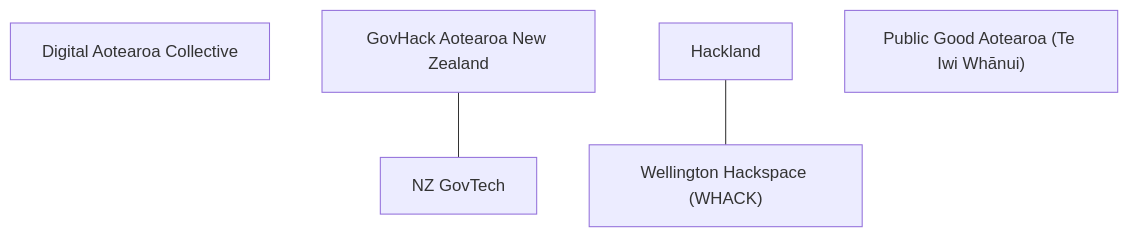
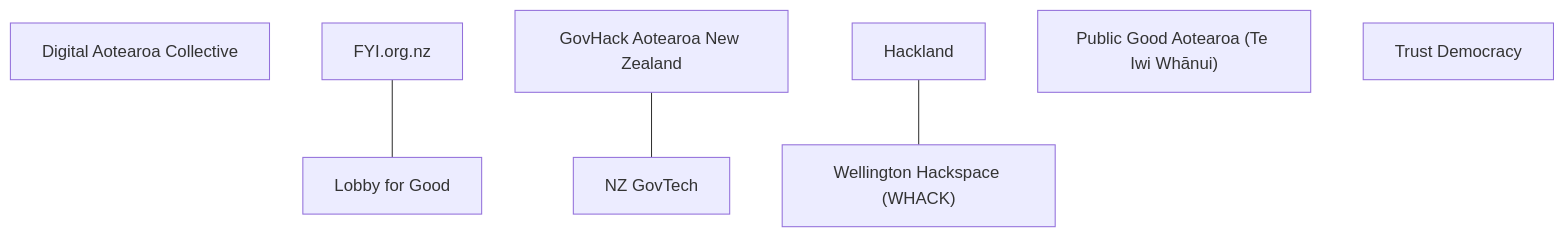
One commit to olitreadwell/nz-tech-for-good changed diagram 21 of 24 in GUIDE.md. Above: the diagram before and after it, drawn with Mermaid. The commit also changed other lines of this file and 8 other files, not shown here.

````diff
--- a/GUIDE.md
+++ b/GUIDE.md
@@ -411,11 +416,15 @@
 ```mermaid
 flowchart TD
     n_DigitalAotearoaCollectiv["Digital Aotearoa Collective"]
+    n_FYIorgnz["FYI.org.nz"]
     n_GovHackAotearoaNewZealan["GovHack Aotearoa New Zealand"]
     n_Hackland["Hackland"]
+    n_LobbyforGood["Lobby for Good"]
     n_NZGovTech["NZ GovTech"]
     n_PublicGoodAotearoaTeIwiW["Public Good Aotearoa (Te Iwi Whānui)"]
+    n_TrustDemocracy["Trust Democracy"]
     n_WellingtonHackspaceWHACK["Wellington Hackspace (WHACK)"]
+    n_FYIorgnz --- n_LobbyforGood
     n_GovHackAotearoaNewZealan --- n_NZGovTech
     n_Hackland --- n_WellingtonHackspaceWHACK
 ```
````
